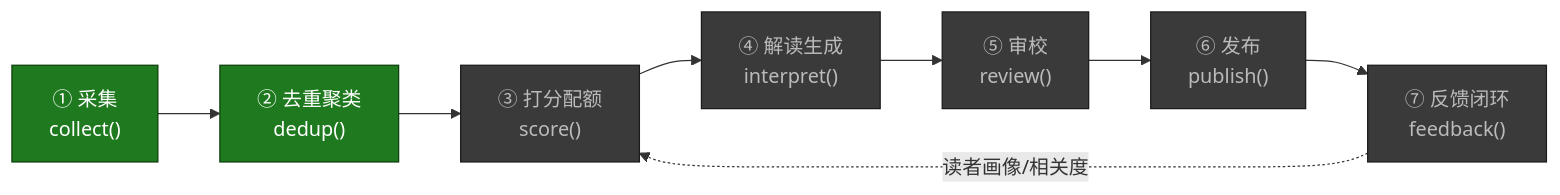
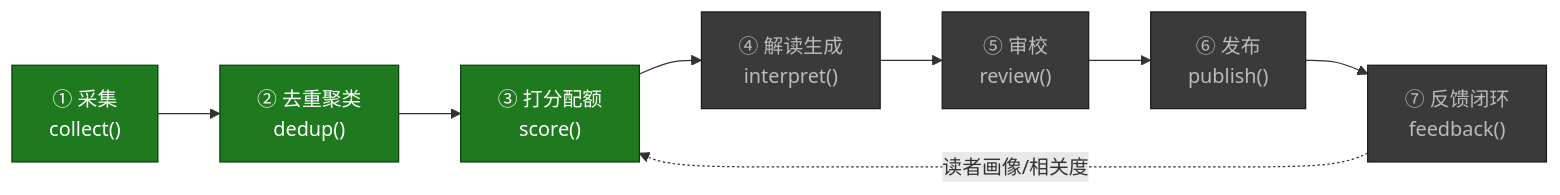
One commit to ai-newsday/core changed the first of 3 diagrams in docs/ROADMAP.md. Above: the diagram before and after it, drawn with Mermaid. The commit also changed other lines of this file, not shown here.

Commit message:
docs: ROADMAP — mark score layer (Circle 3) done

````diff
--- a/docs/ROADMAP.md
+++ b/docs/ROADMAP.md
@@ -10,17 +10,17 @@
 ```mermaid
 flowchart LR
     C1["① 采集<br/>collect()"]:::done
     C2["② 去重聚类<br/>dedup()"]:::done
-    C3["③ 打分配额<br/>score()"]:::todo
+    C3["③ 打分配额<br/>score()"]:::done
     C4["④ 解读生成<br/>interpret()"]:::todo
     C5["⑤ 审校<br/>review()"]:::todo
     C6["⑥ 发布<br/>publish()"]:::todo
     C7["⑦ 反馈闭环<br/>feedback()"]:::todo
 
     C1 --> C2 --> C3 --> C4 --> C5 --> C6 --> C7
     C7 -.读者画像/相关度.-> C3
 
     classDef done fill:#1f7a1f,stroke:#0d3d0d,color:#fff;
     classDef spec fill:#b58900,stroke:#6b4f00,color:#fff;
     classDef todo fill:#3a3a3a,stroke:#1a1a1a,color:#bbb;
 ```
````
